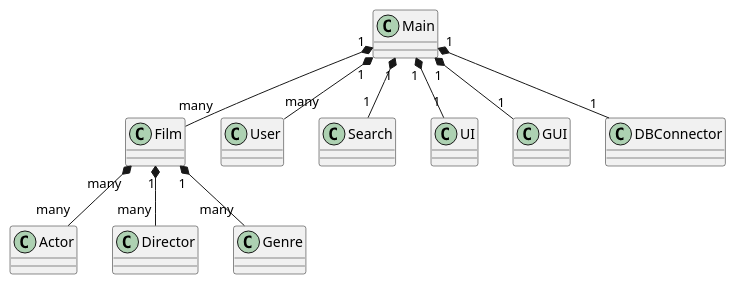
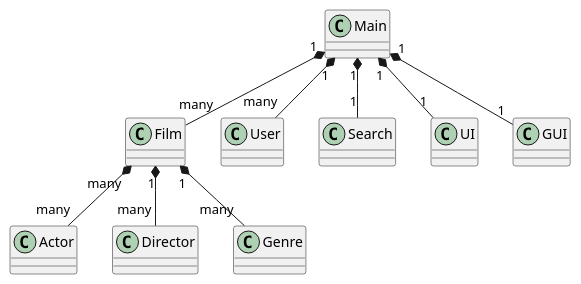
One commit to Inga-Helgadottir/SP5-J.A.I.R changed the diagram in @startuml SP3.wsd. Above: the diagram before and after it, drawn with PlantUML.

Commit message:
Update @startuml SP3.wsd

```diff
--- a/@startuml SP3.wsd
+++ b/@startuml SP3.wsd
@@ -1,53 +1,48 @@
 @startuml SP3
 
 class Main{
 
 }
 
 class Film{
 
 }
 
 class User{
 
 }
 
 class Actor{
 
 }
 
 class Search{
 
 }
 
 class UI{
 
 }
 
 class GUI{
 
 }
 
-class DBConnector{
-
-}
-
 class Director{
 
 }
 
 class Genre{
 
 }
 
 Main "1" *-- "1" UI
 Main "1" *-- "1" Search
-Main "1" *-- "1" DBConnector
 Main "1" *-- "many" User
 Film "many" *-- "many" Actor
 Main "1" *-- "1" GUI
 Main "1" *-- "many" Film
 Film "1" *-- "many" Director
 Film "1" *-- "many" Genre
 
 @enduml
```
